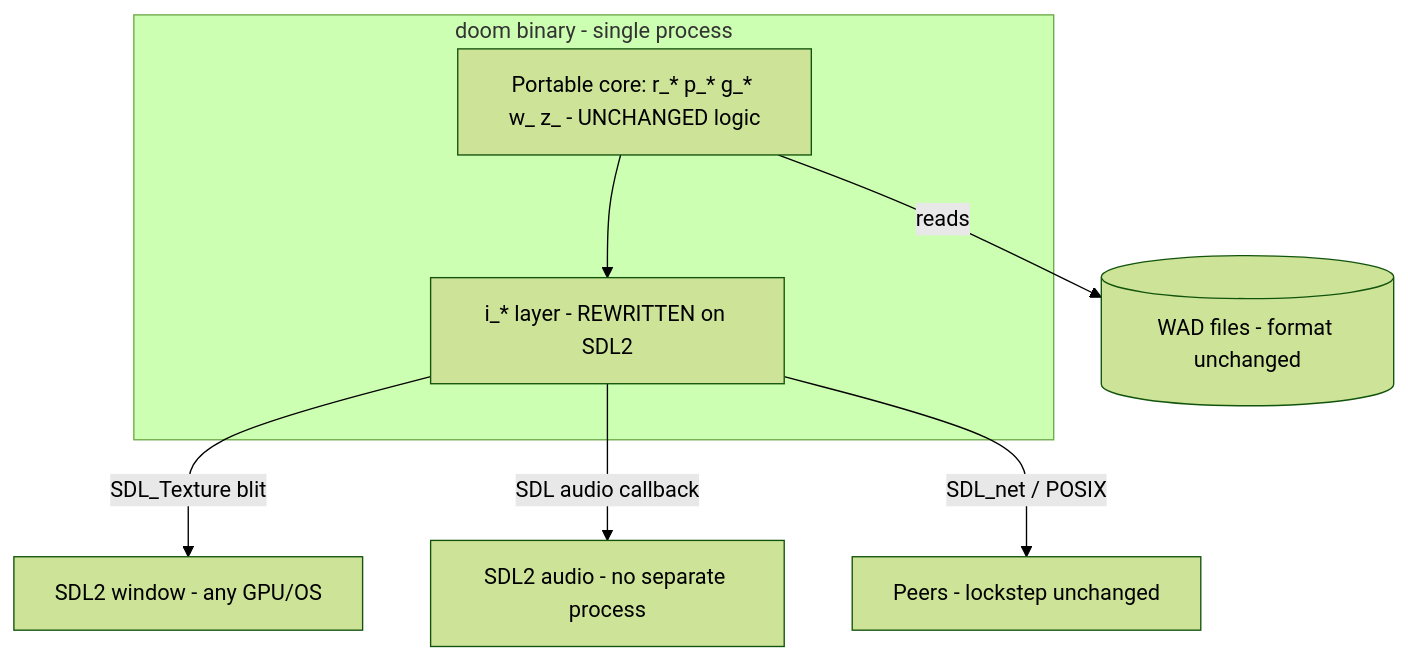
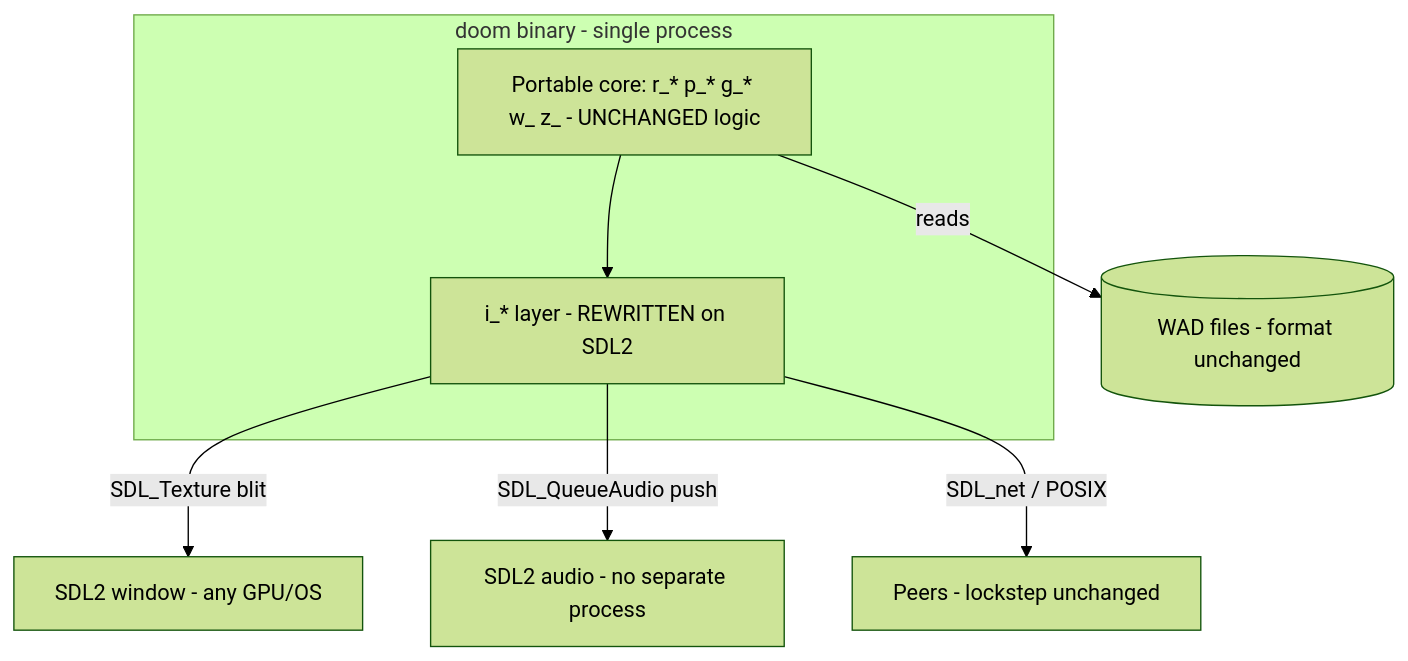
Before and after one commit to samqbush/doomv2: the diagram in MODERNIZATION_PLAN.md, drawn with Mermaid (forest theme). The commit also changed other lines of this file and 16 other files, not shown here.

First line of the commit message:
Phase 4: in-process SDL audio; retire sndserver

````diff
--- a/MODERNIZATION_PLAN.md
+++ b/MODERNIZATION_PLAN.md
@@ -214,12 +214,12 @@
 ```mermaid
 graph TD
   subgraph engine[doom binary - single process]
     Core[Portable core: r_* p_* g_* w_ z_ - UNCHANGED logic]
     ILayer[i_* layer - REWRITTEN on SDL2]
   end
   Core --> ILayer
   ILayer -->|SDL_Texture blit| Window[SDL2 window - any GPU/OS]
-  ILayer -->|SDL audio callback| Audio[SDL2 audio - no separate process]
+  ILayer -->|SDL_QueueAudio push| Audio[SDL2 audio - no separate process]
   ILayer -->|SDL_net / POSIX| Peer[Peers - lockstep unchanged]
   Core -->|reads| WAD[(WAD files - format unchanged)]
 ```
````
